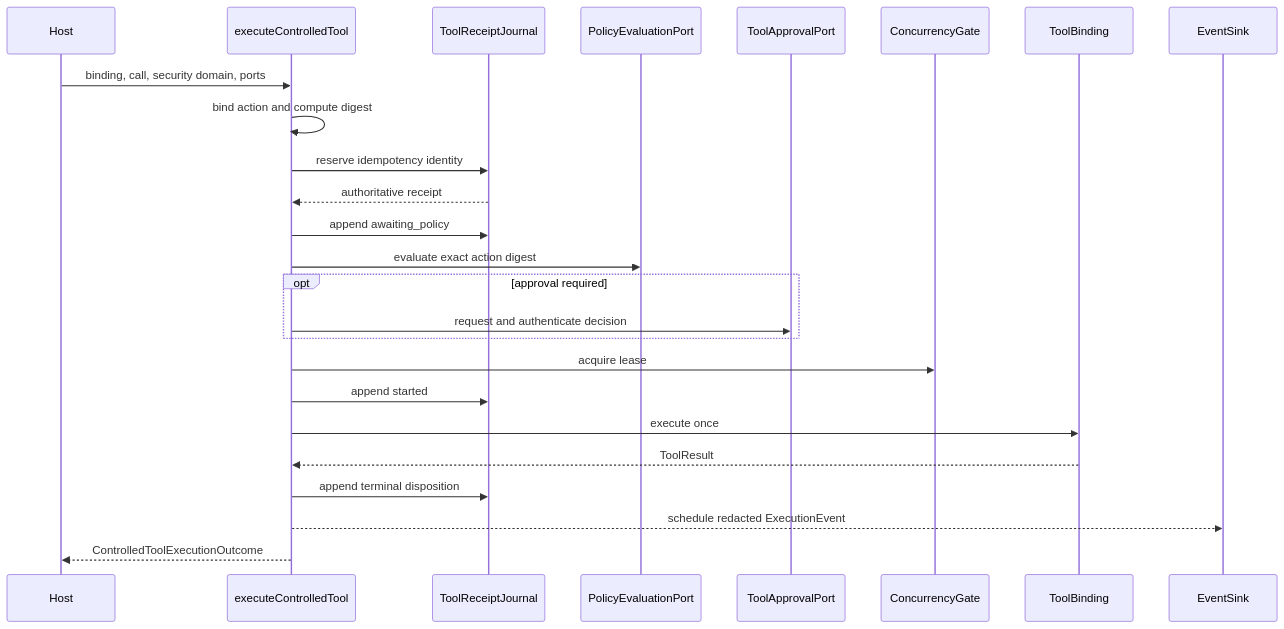
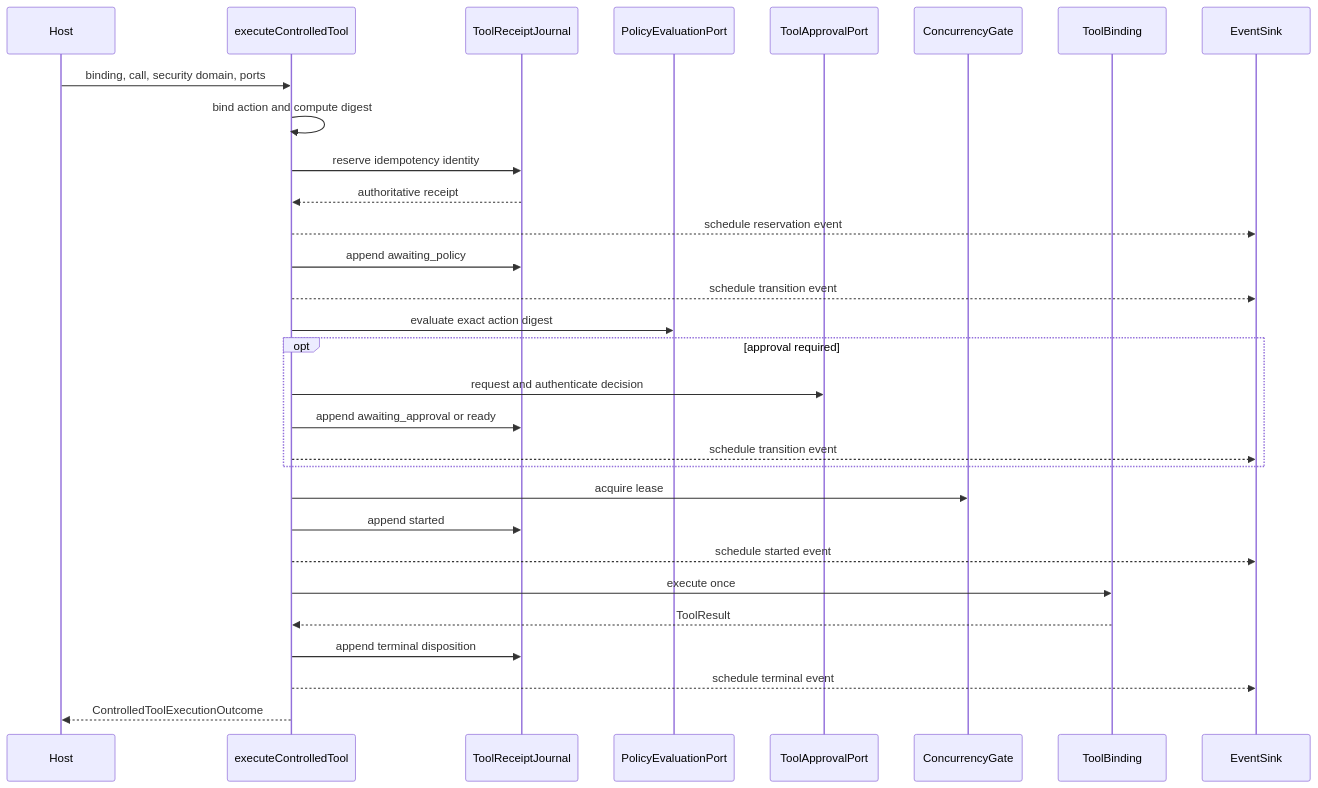
The diagram in docs/orchestration/controlled-tool-execution.md (theGeekist/llm-core), drawn with Mermaid before and after one commit. The commit also changed 36 other files, not shown here.

Commit message:
docs(llm-core): correct v2 architecture guidance

````diff
--- a/docs/orchestration/controlled-tool-execution.md
+++ b/docs/orchestration/controlled-tool-execution.md
@@ -11,28 +11,33 @@
 ```mermaid
 sequenceDiagram
   participant Host
   participant Control as executeControlledTool
   participant Journal as ToolReceiptJournal
   participant Policy as PolicyEvaluationPort
   participant Approval as ToolApprovalPort
   participant Gate as ConcurrencyGate
   participant Tool as ToolBinding
   participant Events as EventSink
 
   Host->>Control: binding, call, security domain, ports
   Control->>Control: bind action and compute digest
   Control->>Journal: reserve idempotency identity
   Journal-->>Control: authoritative receipt
+  Control-->>Events: schedule reservation event
   Control->>Journal: append awaiting_policy
+  Control-->>Events: schedule transition event
   Control->>Policy: evaluate exact action digest
   opt approval required
     Control->>Approval: request and authenticate decision
+    Control->>Journal: append awaiting_approval or ready
+    Control-->>Events: schedule transition event
   end
   Control->>Gate: acquire lease
   Control->>Journal: append started
+  Control-->>Events: schedule started event
   Control->>Tool: execute once
   Tool-->>Control: ToolResult
   Control->>Journal: append terminal disposition
-  Control-->>Events: schedule redacted ExecutionEvent
+  Control-->>Events: schedule terminal event
   Control-->>Host: ControlledToolExecutionOutcome
 ```
````
